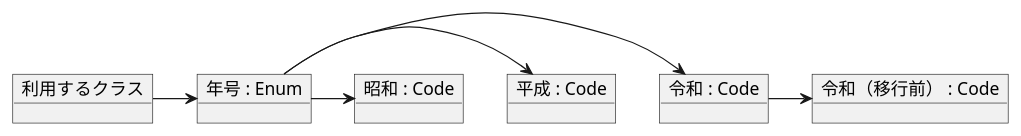
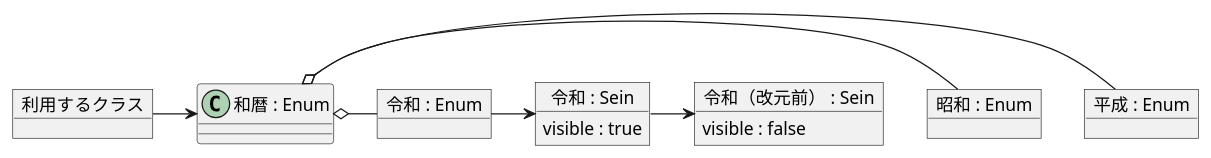
The diagram in fehsbattlemodel/uml/codeList.puml (turanukimaru/fehs), drawn with PlantUML before and after one commit. The commit also changed 7 other files, not shown here.

```diff
--- a/fehsbattlemodel/uml/codeList.puml
+++ b/fehsbattlemodel/uml/codeList.puml
@@ -1,17 +1,23 @@
 @startuml
 
 object "利用するクラス" as others
-object "年号 : Enum" as nengo
-object "令和 : Code" as reiwaA
-object "令和（移行前） : Code" as reiwaB
-object "平成 : Code" as heisei
-object "昭和 : Code" as showa
+class "和暦 : Enum" as wareki
+object "平成 : Enum" as heisei
+object "昭和 : Enum" as showa
+object "令和 : Enum" as reiwa {
+}
+object "令和 : Sein" as reiwaA {
+visible : true
+}
+object "令和（改元前） : Sein" as reiwaB {
+visible : false
+}
 
-others -> nengo
-nengo -> reiwaA
+others -> wareki
+wareki o- heisei
+wareki o- showa
+wareki o- reiwa
+reiwa -> reiwaA
 reiwaA -> reiwaB
-nengo ->heisei
-nengo ->showa
-
 
 @enduml
```
